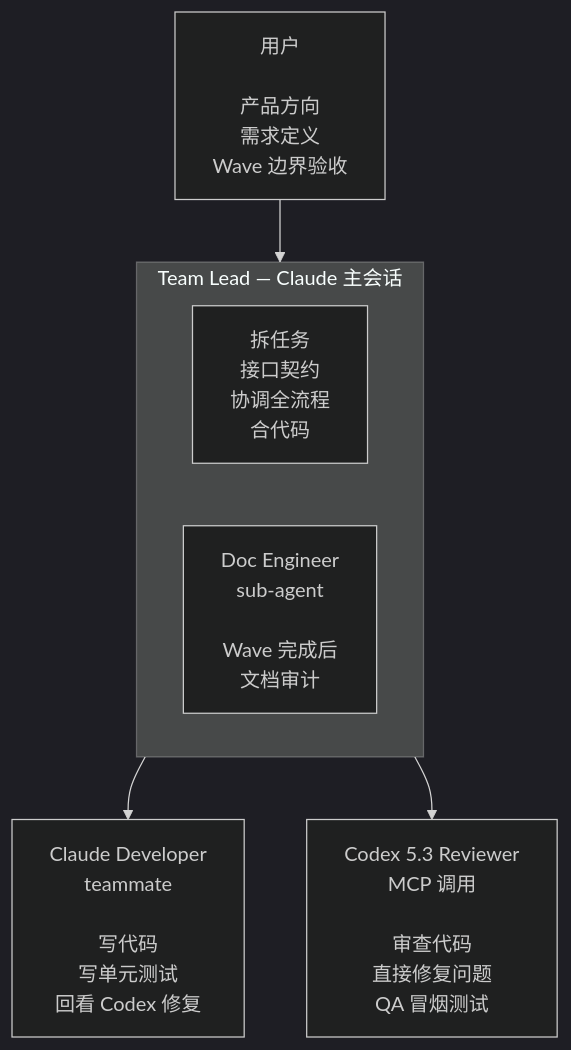
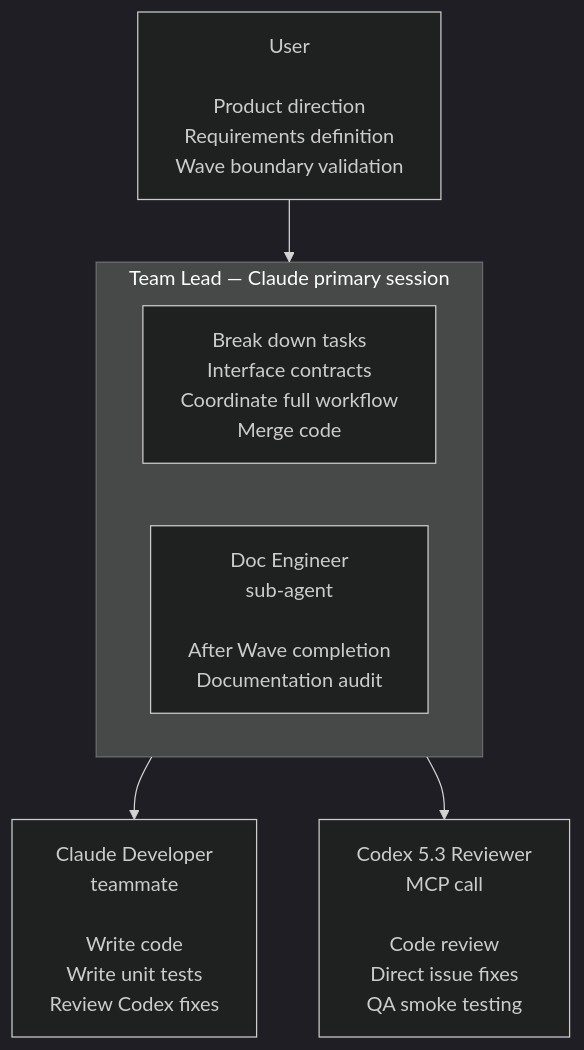
One commit to BinaryHB0916/iSparto changed the diagram in docs/roles.md. Above: the diagram before and after it, drawn with Mermaid (dark theme). The commit also changed other lines of this file and 18 other files, not shown here.

First line of the commit message:
Full English localization of all documentation and configuration

````diff
--- a/docs/roles.md
+++ b/docs/roles.md
@@ -5,18 +5,18 @@
 ```mermaid
 flowchart TB
-    User["用户<br/><br/>产品方向<br/>需求定义<br/>Wave 边界验收"]
+    User["User<br/><br/>Product direction<br/>Requirements definition<br/>Wave boundary validation"]
 
-    subgraph Lead["Team Lead — Claude 主会话"]
+    subgraph Lead["Team Lead — Claude primary session"]
         direction LR
-        LeadTasks["拆任务<br/>接口契约<br/>协调全流程<br/>合代码"]
-        Doc["Doc Engineer<br/>sub-agent<br/><br/>Wave 完成后<br/>文档审计"]
+        LeadTasks["Break down tasks<br/>Interface contracts<br/>Coordinate full workflow<br/>Merge code"]
+        Doc["Doc Engineer<br/>sub-agent<br/><br/>After Wave completion<br/>Documentation audit"]
     end
 
-    Dev["Claude Developer<br/>teammate<br/><br/>写代码<br/>写单元测试<br/>回看 Codex 修复"]
+    Dev["Claude Developer<br/>teammate<br/><br/>Write code<br/>Write unit tests<br/>Review Codex fixes"]
 
-    Codex["Codex 5.3 Reviewer<br/>MCP 调用<br/><br/>审查代码<br/>直接修复问题<br/>QA 冒烟测试"]
+    Codex["Codex 5.3 Reviewer<br/>MCP call<br/><br/>Code review<br/>Direct issue fixes<br/>QA smoke testing"]
 
     User --> Lead
     Lead --> Dev
     Lead --> Codex
 ```
````
